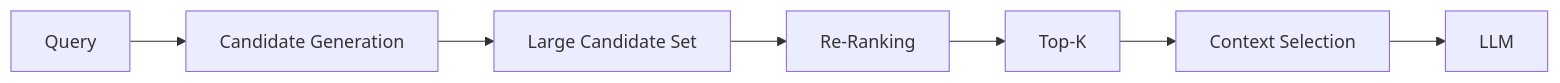
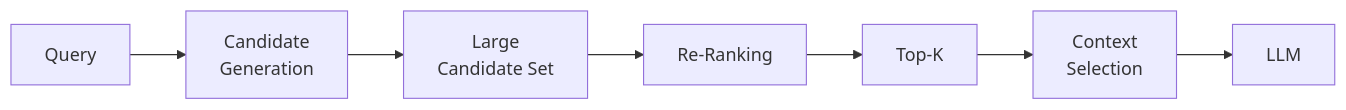
One commit to MihirKJha/enterprise-ai-blog changed the tenth of 10 diagrams in docs/architecture-insights/genai-and-rag/3.5_architecting_multi_stage_retrieval_from_recall_to_precision.md. Above: the diagram before and after it, drawn with Mermaid. The commit also changed other lines of this file and 1 other file, not shown here.

````diff
--- a/docs/architecture-insights/genai-and-rag/3.5_architecting_multi_stage_retrieval_from_recall_to_precision.md
+++ b/docs/architecture-insights/genai-and-rag/3.5_architecting_multi_stage_retrieval_from_recall_to_precision.md
@@ -617,9 +617,9 @@
 ```mermaid
 flowchart LR
-    Q[Query] --> C[Candidate Generation]
-    C --> S[Large Candidate Set]
+    Q[Query] --> C[Candidate<br/>Generation]
+    C --> S[Large<br/>Candidate Set]
     S --> R[Re-Ranking]
     R --> K[Top-K]
-    K --> X[Context Selection]
+    K --> X[Context<br/>Selection]
     X --> L[LLM]
 ```
````
